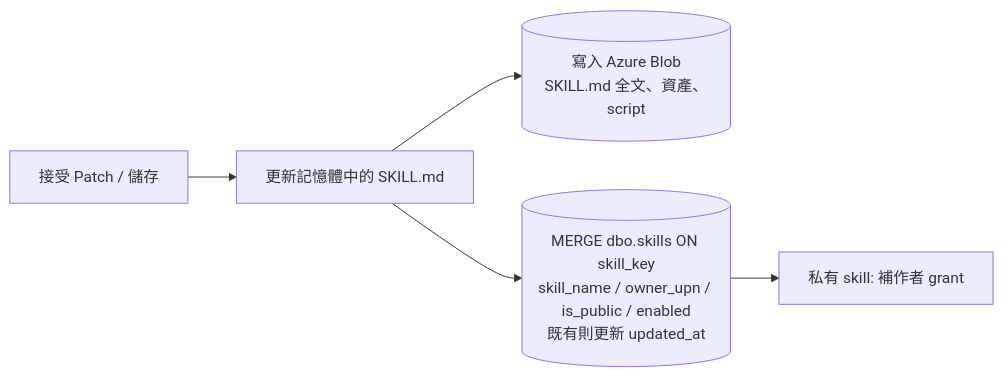
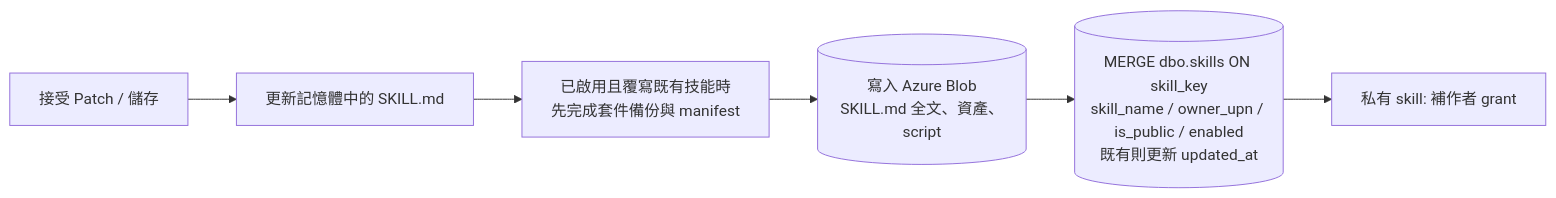
Before and after one commit to georgeliang0821/foundry-skill-generator-v3: the third of 3 diagrams in docs/03-architecture.md, drawn with Mermaid. The commit also changed other lines of this file and 7 other files, not shown here.

````diff
--- a/docs/03-architecture.md
+++ b/docs/03-architecture.md
@@ -112,7 +116,8 @@
 ```mermaid
 flowchart LR
     P[接受 Patch / 儲存] --> MEM[更新記憶體中的 SKILL.md]
-    MEM --> BLOB[(寫入 Azure Blob<br/>SKILL.md 全文、資產、script)]
-    MEM --> SQL[(MERGE dbo.skills ON skill_key<br/>skill_name / owner_upn / is_public / enabled<br/>既有則更新 updated_at)]
+    MEM --> BACKUP[已啟用且覆寫既有技能時<br/>先完成套件備份與 manifest]
+    BACKUP --> BLOB[(寫入 Azure Blob<br/>SKILL.md 全文、資產、script)]
+    BLOB --> SQL[(MERGE dbo.skills ON skill_key<br/>skill_name / owner_upn / is_public / enabled<br/>既有則更新 updated_at)]
     SQL --> GRANT[私有 skill: 補作者 grant]
 ```
````
